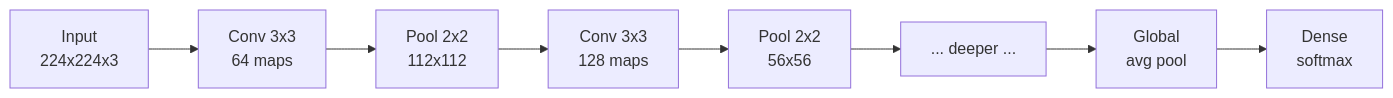
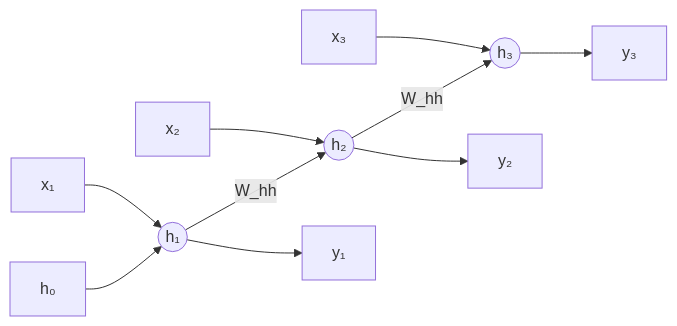
The first of 5 diagrams in ai-ml-encyclopedia/ch16.qmd (kader-xai/kader-xai.github.io), drawn with Mermaid before and after one commit. The commit also changed other lines of this file and 47 other files, not shown here.

````diff
--- a/ai-ml-encyclopedia/ch16.qmd
+++ b/ai-ml-encyclopedia/ch16.qmd
@@ -183,10 +109,12 @@
 ```{mermaid}
 flowchart LR
-    A["Input<br/>224x224x3"] --> B["Conv 3x3<br/>64 maps"]
-    B --> C["Pool 2x2<br/>112x112"]
-    C --> D["Conv 3x3<br/>128 maps"]
-    D --> E["Pool 2x2<br/>56x56"]
-    E --> F["... deeper ..."]
-    F --> G["Global<br/>avg pool"]
-    G --> H["Dense<br/>softmax"]
+    x1["x₁"] --> A1((h₁))
+    x2["x₂"] --> A2((h₂))
+    x3["x₃"] --> A3((h₃))
+    h0["h₀"] --> A1
+    A1 -->|W_hh| A2
+    A2 -->|W_hh| A3
+    A1 --> y1["y₁"]
+    A2 --> y2["y₂"]
+    A3 --> y3["y₃"]
 ```
````
